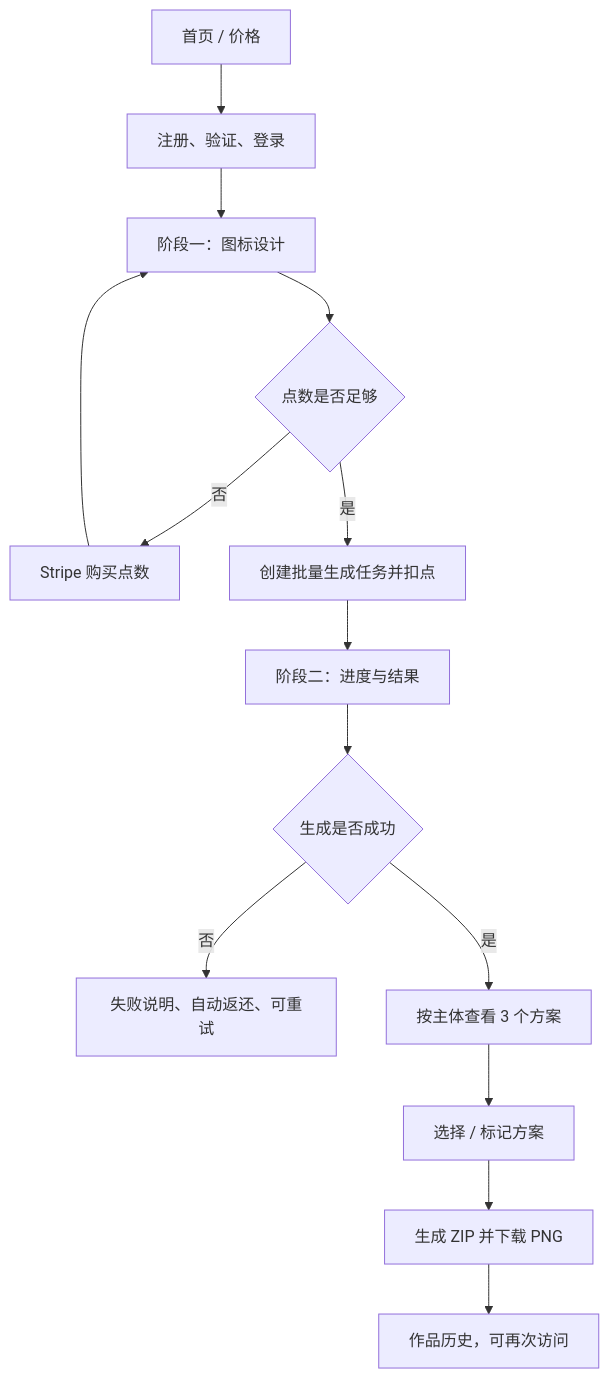
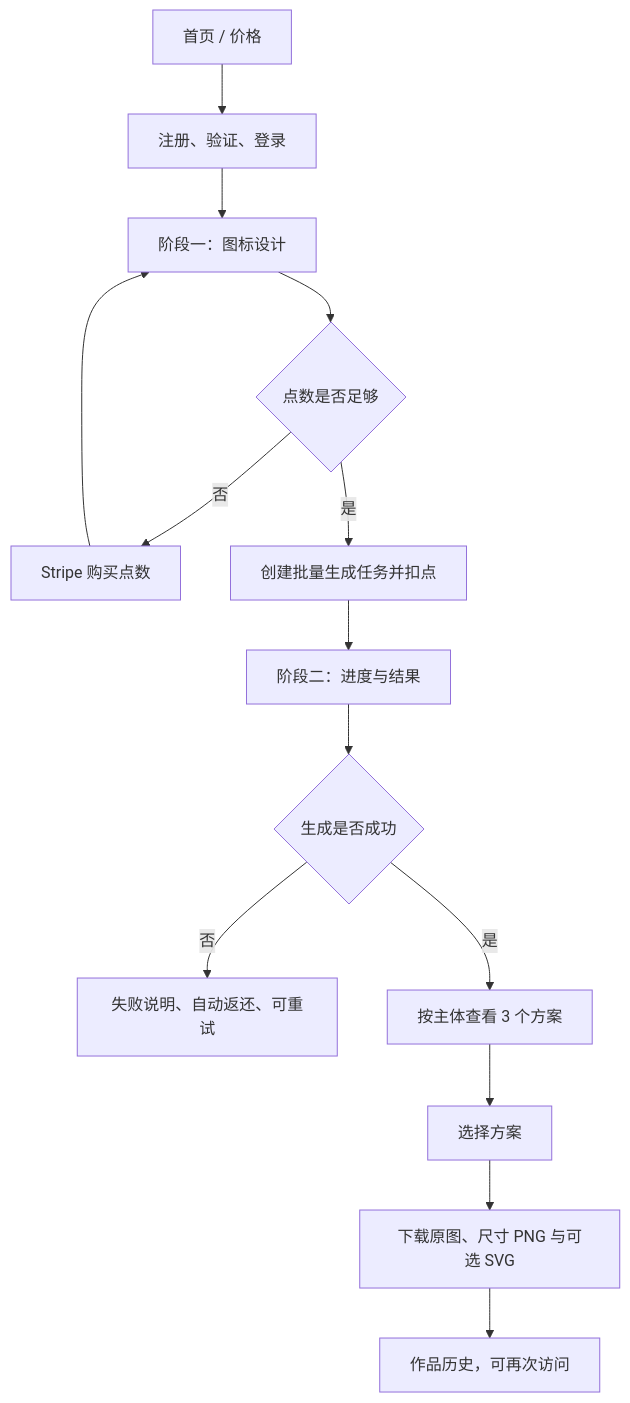
Before and after one commit to Caserla/icongen: the diagram in docs/product/product-requirements.md, drawn with Mermaid. The commit also changed other lines of this file and 18 other files, not shown here.

````diff
--- a/docs/product/product-requirements.md
+++ b/docs/product/product-requirements.md
@@ -82,16 +82,16 @@
 ```mermaid
 flowchart TD
   A["首页 / 价格"] --> B["注册、验证、登录"]
   B --> C["阶段一：图标设计"]
   C --> D{"点数是否足够"}
   D -- 否 --> E["Stripe 购买点数"]
   E --> C
   D -- 是 --> F["创建批量生成任务并扣点"]
   F --> G["阶段二：进度与结果"]
   G --> H{"生成是否成功"}
   H -- 否 --> I["失败说明、自动返还、可重试"]
   H -- 是 --> J["按主体查看 3 个方案"]
-  J --> K["选择 / 标记方案"]
-  K --> L["生成 ZIP 并下载 PNG"]
+  J --> K["选择方案"]
+  K --> L["下载原图、尺寸 PNG 与可选 SVG"]
   L --> M["作品历史，可再次访问"]
 ```
````
